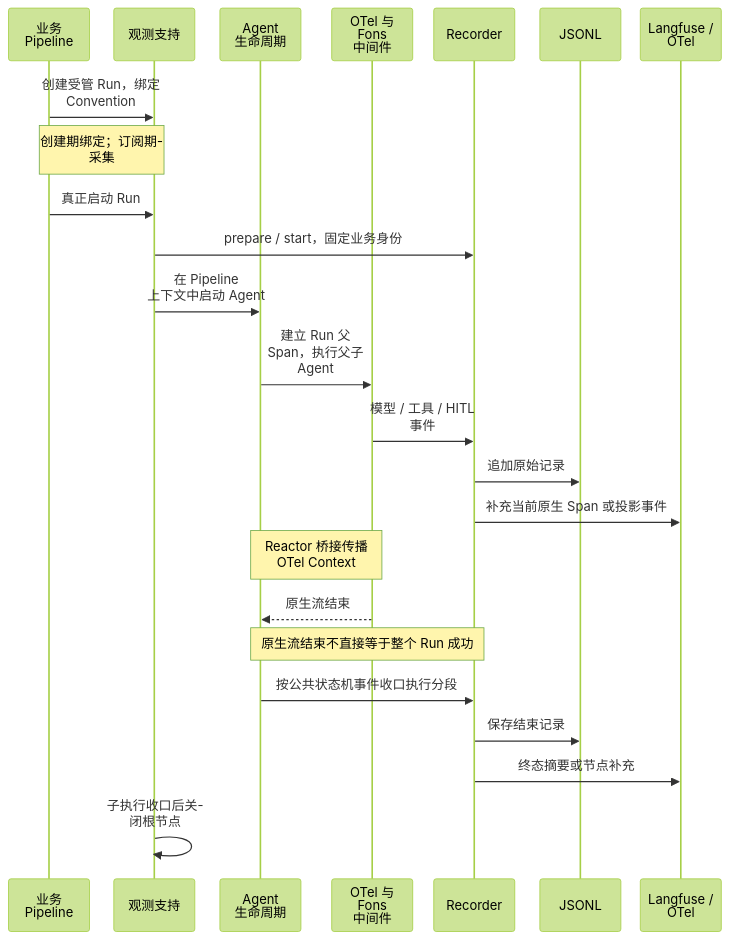
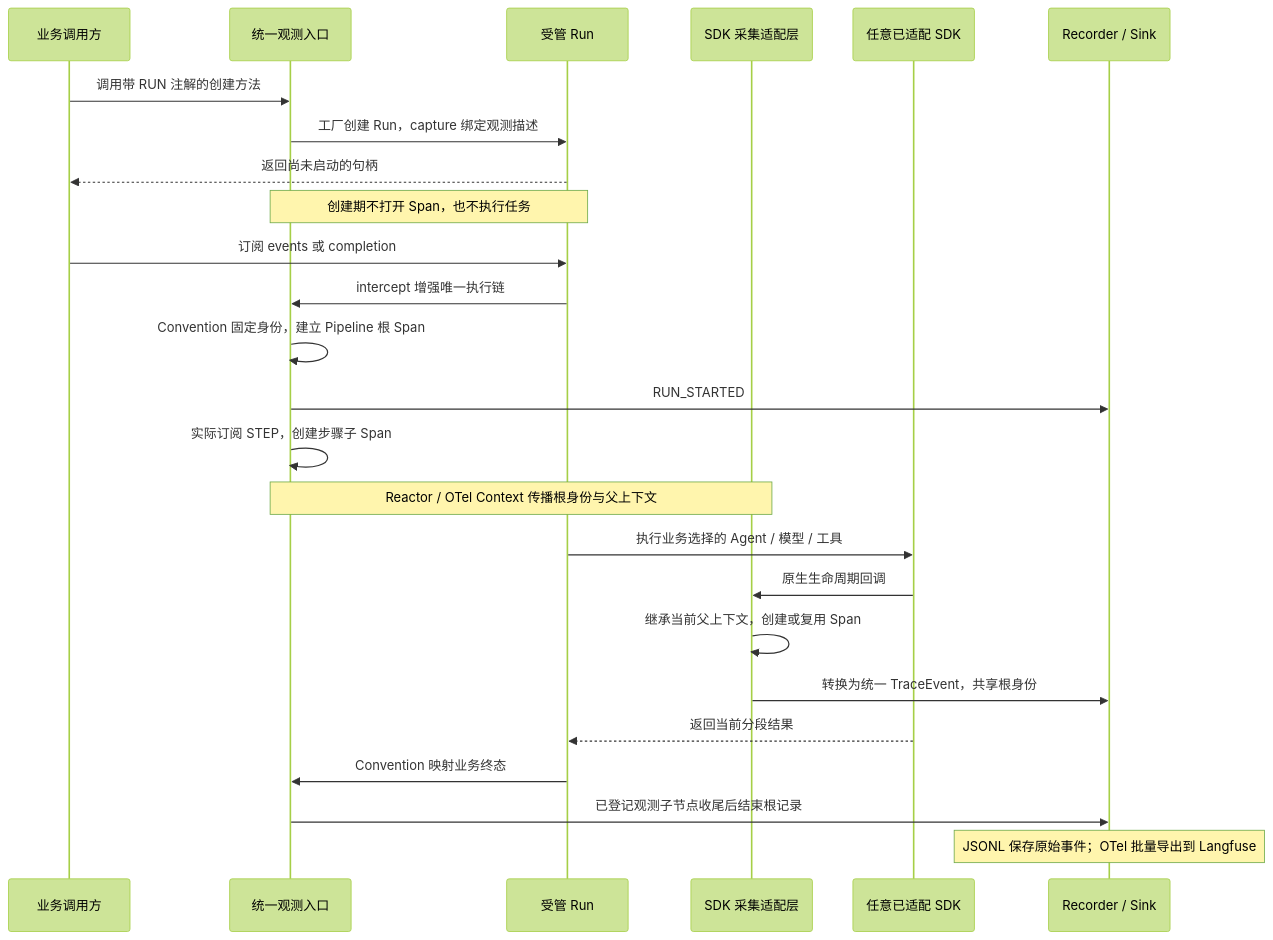
One commit to nauyiq/fons4ai changed the second of 2 diagrams in docs/observability.md. Above: the diagram before and after it, drawn with Mermaid (forest theme). The commit also changed other lines of this file and 15 other files, not shown here.

````diff
--- a/docs/observability.md
+++ b/docs/observability.md
@@ -56,27 +112,27 @@
 ```mermaid
 sequenceDiagram
-    %%{init: {"sequence": {"actorMargin": 24, "width": 100, "wrap": true}}}%%
-    participant App as 业务 Pipeline
-    participant Obs as 观测支持
-    participant Run as Agent 生命周期
-    participant SDK as OTel 与 Fons 中间件
-    participant Rec as Recorder
-    participant File as JSONL
-    participant LF as Langfuse / OTel
-    App->>Obs: 创建受管 Run，绑定 Convention
-    Note over App,Obs: 创建期绑定；订阅期采集
-    App->>Obs: 真正启动 Run
-    Obs->>Rec: prepare / start，固定业务身份
-    Obs->>Run: 在 Pipeline 上下文中启动 Agent
-    Run->>SDK: 建立 Run 父 Span，执行父子 Agent
-    SDK->>Rec: 模型 / 工具 / HITL 事件
-    Rec->>File: 追加原始记录
-    Rec->>LF: 补充当前原生 Span 或投影事件
-    Note over Run,SDK: Reactor 桥接传播 OTel Context
-    SDK-->>Run: 原生流结束
-    Note over Run,Rec: 原生流结束不直接等于整个 Run 成功
-    Run->>Rec: 按公共状态机事件收口执行分段
-    Rec->>File: 保存结束记录
-    Rec->>LF: 终态摘要或节点补充
-    Obs->>Obs: 子执行收口后关闭根节点
+    participant App as 业务调用方
+    participant Proxy as 统一观测入口
+    participant Run as 受管 Run
+    participant Adapter as SDK 采集适配层
+    participant SDK as 任意已适配 SDK
+    participant Rec as Recorder / Sink
+    App->>Proxy: 调用带 RUN 注解的创建方法
+    Proxy->>Run: 工厂创建 Run，capture 绑定观测描述
+    Run-->>App: 返回尚未启动的句柄
+    Note over Proxy,Run: 创建期不打开 Span，也不执行任务
+    App->>Run: 订阅 events 或 completion
+    Run->>Proxy: intercept 增强唯一执行链
+    Proxy->>Proxy: Convention 固定身份，建立 Pipeline 根 Span
+    Proxy->>Rec: RUN_STARTED
+    Proxy->>Proxy: 实际订阅 STEP，创建步骤子 Span
+    Note over Proxy,Adapter: Reactor / OTel Context 传播根身份与父上下文
+    Run->>SDK: 执行业务选择的 Agent / 模型 / 工具
+    SDK->>Adapter: 原生生命周期回调
+    Adapter->>Adapter: 继承当前父上下文，创建或复用 Span
+    Adapter->>Rec: 转换为统一 TraceEvent，共享根身份
+    SDK-->>Run: 返回当前分段结果
+    Run->>Proxy: Convention 映射业务终态
+    Proxy->>Rec: 已登记观测子节点收尾后结束根记录
+    Note over Rec: JSONL 保存原始事件；OTel 批量导出到 Langfuse
 ```
````
